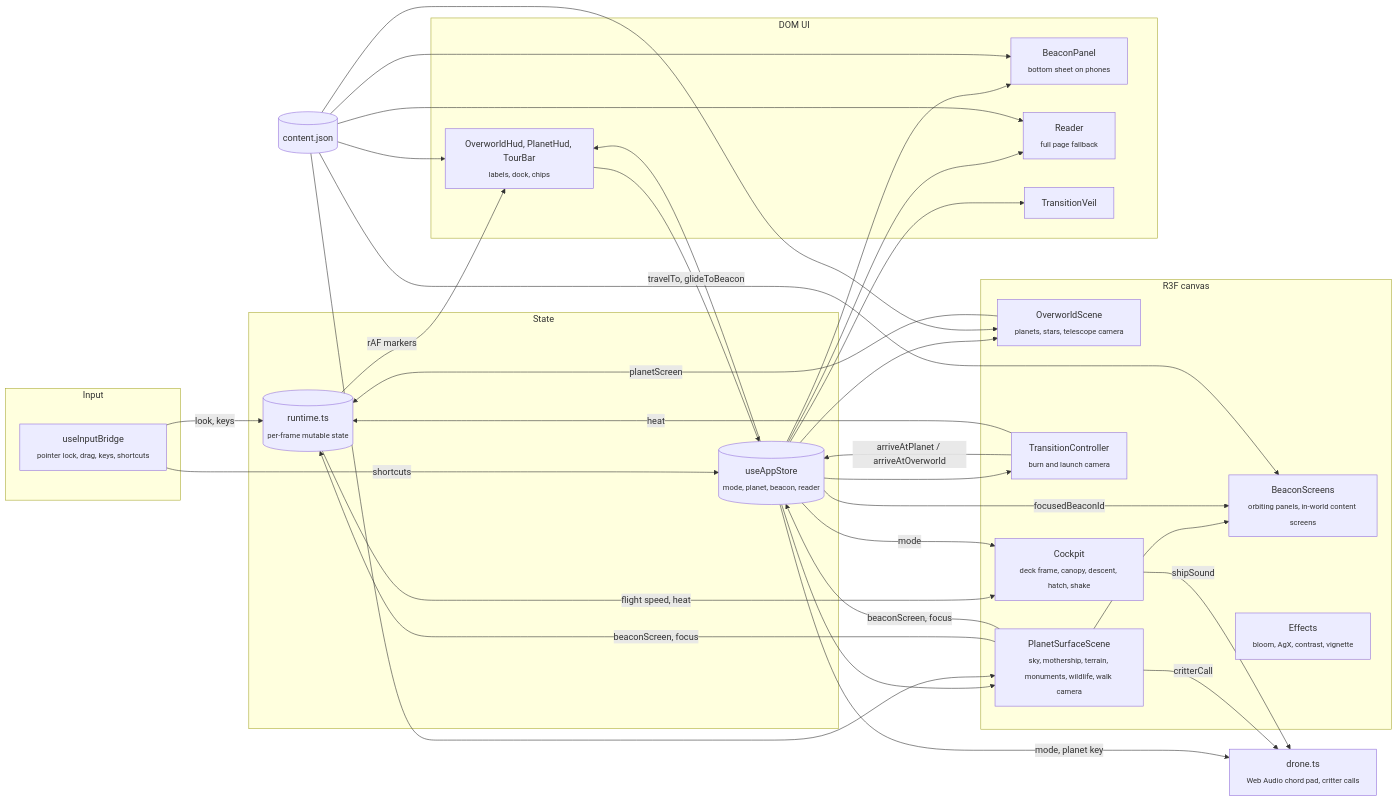
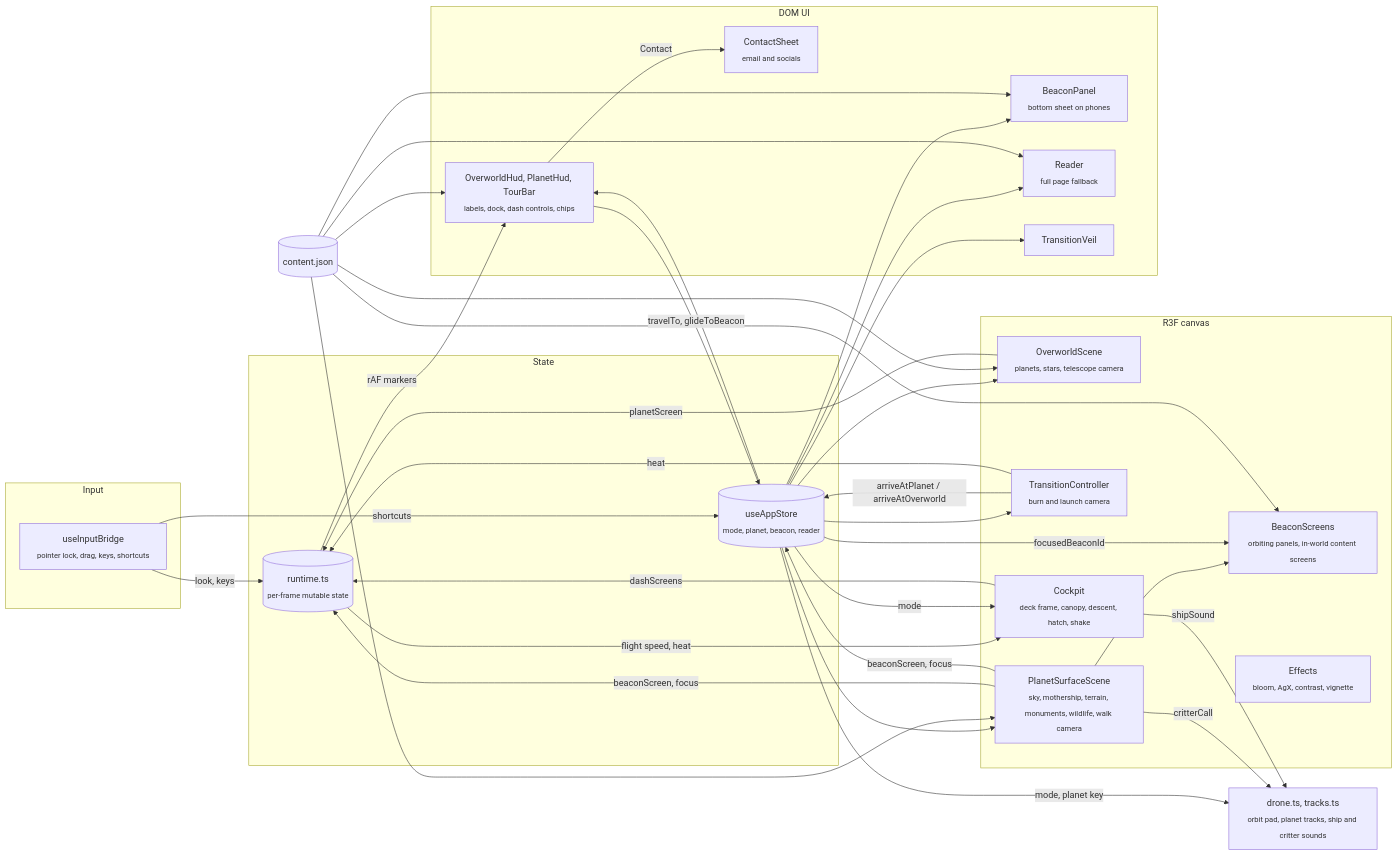
Before and after one commit to teddycitrus/portfolio: the first of 2 diagrams in README.md, drawn with Mermaid. The commit also changed other lines of this file and 23 other files, not shown here.

Commit message:
added planet tracks, dash contact, ship takeoff, cut skills, fixed landing

````diff
--- a/README.md
+++ b/README.md
@@ -19,44 +19,47 @@
 ```mermaid
 flowchart LR
   subgraph Input
     bridge["useInputBridge<br/><sub>pointer lock, drag, keys, shortcuts</sub>"]
   end
   subgraph State
     store[("useAppStore<br/><sub>mode, planet, beacon, reader</sub>")]
     runtime[("runtime.ts<br/><sub>per-frame mutable state</sub>")]
   end
   subgraph Canvas["R3F canvas"]
     overworld["OverworldScene<br/><sub>planets, stars, telescope camera</sub>"]
     surface["PlanetSurfaceScene<br/><sub>sky, mothership, terrain, monuments, wildlife, walk camera</sub>"]
     screens["BeaconScreens<br/><sub>orbiting panels, in-world content screens</sub>"]
     transition["TransitionController<br/><sub>burn and launch camera</sub>"]
     ship["Cockpit<br/><sub>deck frame, canopy, descent, hatch, shake</sub>"]
     fx["Effects<br/><sub>bloom, AgX, contrast, vignette</sub>"]
   end
   subgraph DOM["DOM UI"]
-    hud["OverworldHud, PlanetHud, TourBar<br/><sub>labels, dock, chips</sub>"]
+    hud["OverworldHud, PlanetHud, TourBar<br/><sub>labels, dock, dash controls, chips</sub>"]
+    contact["ContactSheet<br/><sub>email and socials</sub>"]
     panel["BeaconPanel<br/><sub>bottom sheet on phones</sub>"]
     reader["Reader<br/><sub>full page fallback</sub>"]
     veil["TransitionVeil"]
   end
   content[("content.json")]
-  drone["drone.ts<br/><sub>Web Audio chord pad, critter calls</sub>"]
+  drone["drone.ts, tracks.ts<br/><sub>orbit pad, planet tracks, ship and critter sounds</sub>"]
 
   bridge -->|"look, keys"| runtime
   bridge -->|"shortcuts"| store
   store --> overworld & surface & transition & hud & panel & reader & veil
   overworld -->|"planetScreen"| runtime
   surface -->|"beaconScreen, focus"| runtime & store
   runtime -->|"rAF markers"| hud
   surface --> screens
   surface -->|"critterCall"| drone
   store -->|"focusedBeaconId"| screens
   store -->|"mode, planet key"| drone
   content --> overworld & surface & hud & panel & reader & screens
   hud -->|"travelTo, glideToBeacon"| store
   transition -->|"arriveAtPlanet / arriveAtOverworld"| store
   transition -->|"heat"| runtime
   runtime -->|"flight speed, heat"| ship
   store -->|"mode"| ship
   ship -->|"shipSound"| drone
+  ship -->|"dashScreens"| runtime
+  hud -->|"Contact"| contact
 ```
````
